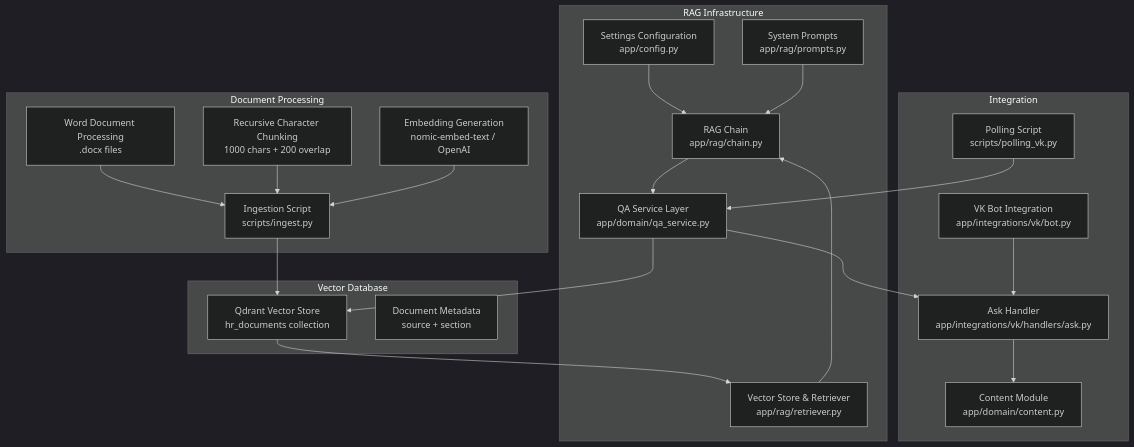
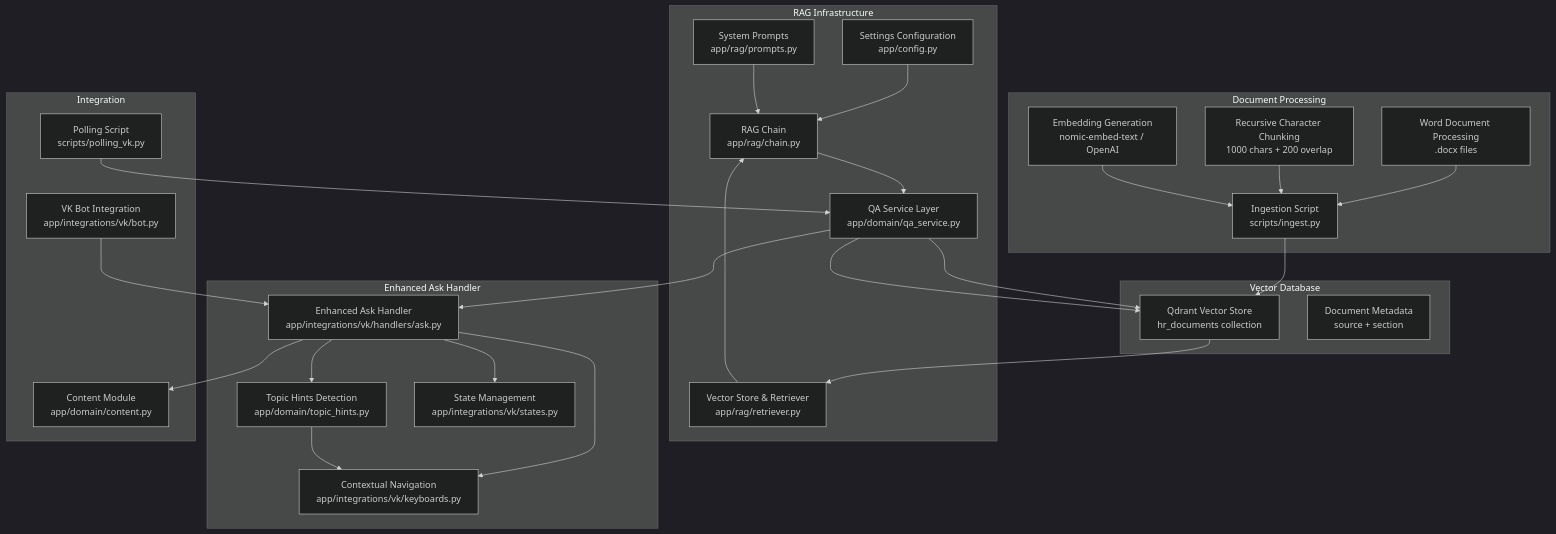
One commit to ognelis/cafetera_hr_bot changed the first of 12 diagrams in .qoder/repowiki/en/content/RAG Integration.md. Above: the diagram before and after it, drawn with Mermaid (dark theme). The commit also changed other lines of this file and 10 other files, not shown here.

````diff
--- a/.qoder/repowiki/en/content/RAG Integration.md
+++ b/.qoder/repowiki/en/content/RAG Integration.md
@@ -55,40 +60,50 @@
 ```mermaid
 graph TB
 subgraph "RAG Infrastructure"
 Config["Settings Configuration<br/>app/config.py"]
 Chain["RAG Chain<br/>app/rag/chain.py"]
 Prompts["System Prompts<br/>app/rag/prompts.py"]
 Retriever["Vector Store & Retriever<br/>app/rag/retriever.py"]
 QAService["QA Service Layer<br/>app/domain/qa_service.py"]
+end
+subgraph "Enhanced Ask Handler"
+AskHandler["Enhanced Ask Handler<br/>app/integrations/vk/handlers/ask.py"]
+TopicHints["Topic Hints Detection<br/>app/domain/topic_hints.py"]
+Keyboards["Contextual Navigation<br/>app/integrations/vk/keyboards.py"]
+States["State Management<br/>app/integrations/vk/states.py"]
 end
 subgraph "Document Processing"
 Ingest["Ingestion Script<br/>scripts/ingest.py"]
 Docx["Word Document Processing<br/>.docx files"]
 Chunking["Recursive Character Chunking<br/>1000 chars + 200 overlap"]
 Embeddings["Embedding Generation<br/>nomic-embed-text / OpenAI"]
 end
 subgraph "Vector Database"
 Qdrant["Qdrant Vector Store<br/>hr_documents collection"]
 Metadata["Document Metadata<br/>source + section"]
 end
 subgraph "Integration"
 VKBot["VK Bot Integration<br/>app/integrations/vk/bot.py"]
-AskHandler["Ask Handler<br/>app/integrations/vk/handlers/ask.py"]
 Content["Content Module<br/>app/domain/content.py"]
 Polling["Polling Script<br/>scripts/polling_vk.py"]
 end
 Config --> Chain
 Chain --> QAService
 Prompts --> Chain
 Retriever --> Chain
+QAService --> Qdrant
+AskHandler --> TopicHints
+AskHandler --> Keyboards
+AskHandler --> States
+TopicHints --> Keyboards
 QAService --> Qdrant
 Docx --> Ingest
 Chunking --> Ingest
 Embeddings --> Ingest
 Ingest --> Qdrant
 Qdrant --> Retriever
 VKBot --> AskHandler
 AskHandler --> Content
 QAService --> AskHandler
 Polling --> QAService
 ```
````
